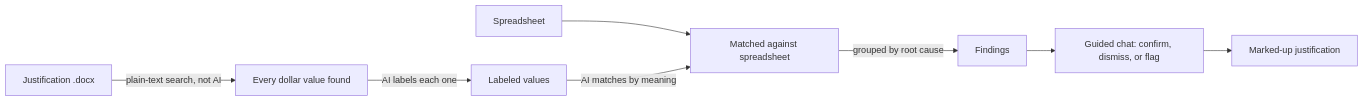
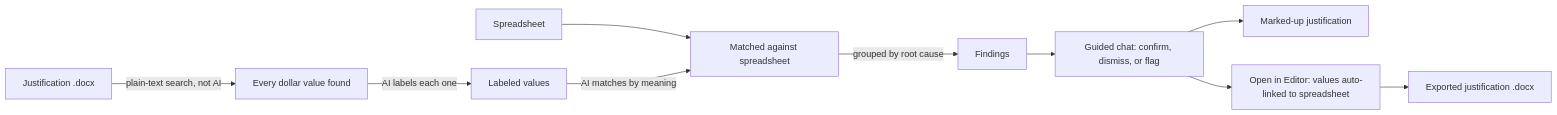
The first of 2 diagrams in README.md (nathanwiggins/justintime), drawn with Mermaid before and after one commit. The commit also changed other lines of this file and 19 other files, not shown here.

````diff
--- a/README.md
+++ b/README.md
@@ -49,10 +56,12 @@
 ```mermaid
 flowchart LR
     J[Justification .docx] -->|plain-text search, not AI| V[Every dollar value found]
     V -->|AI labels each one| L[Labeled values]
     S[Spreadsheet] --> M
     L -->|AI matches by meaning| M[Matched against spreadsheet]
     M -->|grouped by root cause| F[Findings]
     F --> C[Guided chat: confirm, dismiss, or flag]
     C --> R[Marked-up justification]
+    C --> E[Open in Editor: values auto-linked to spreadsheet]
+    E --> D[Exported justification .docx]
 ```
````
